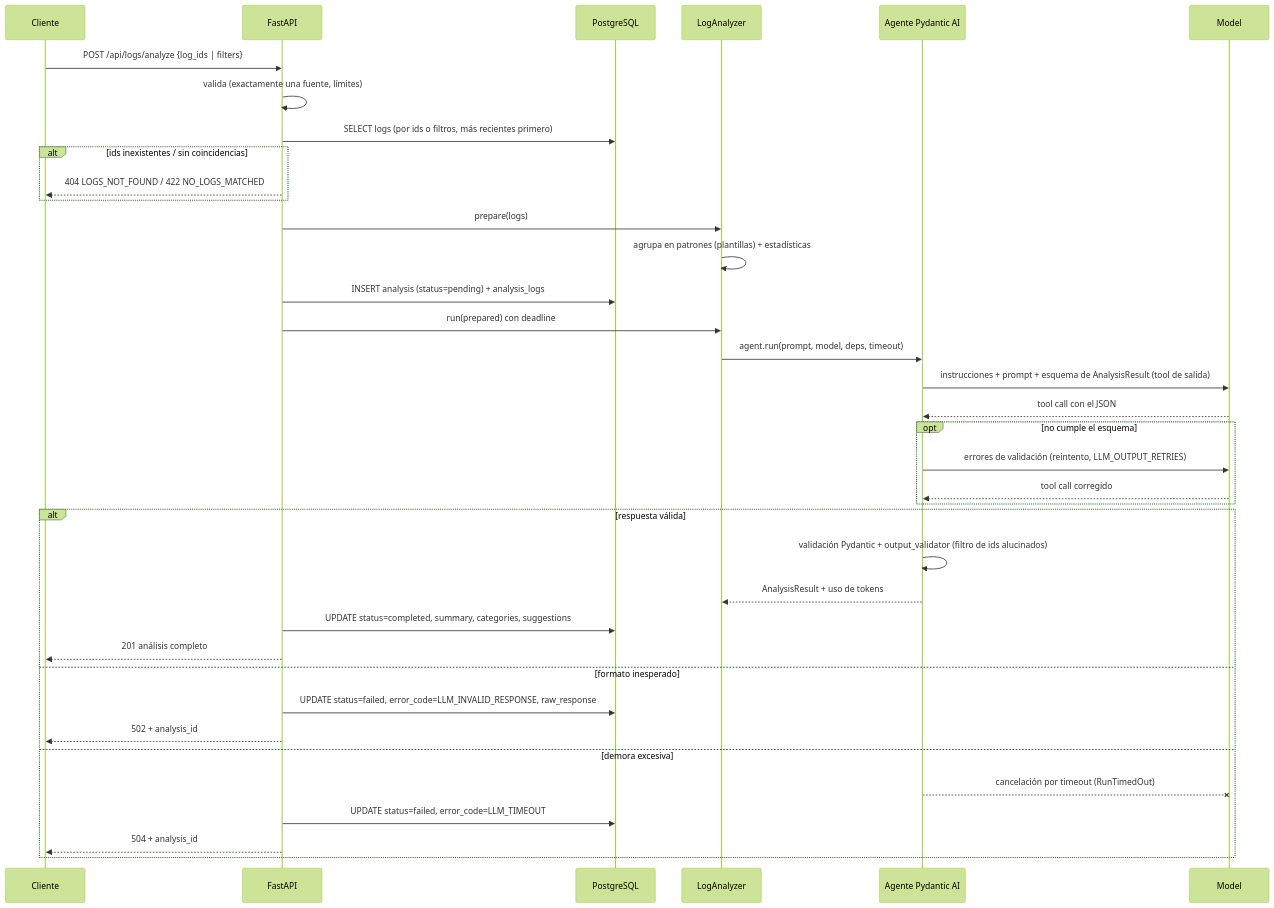
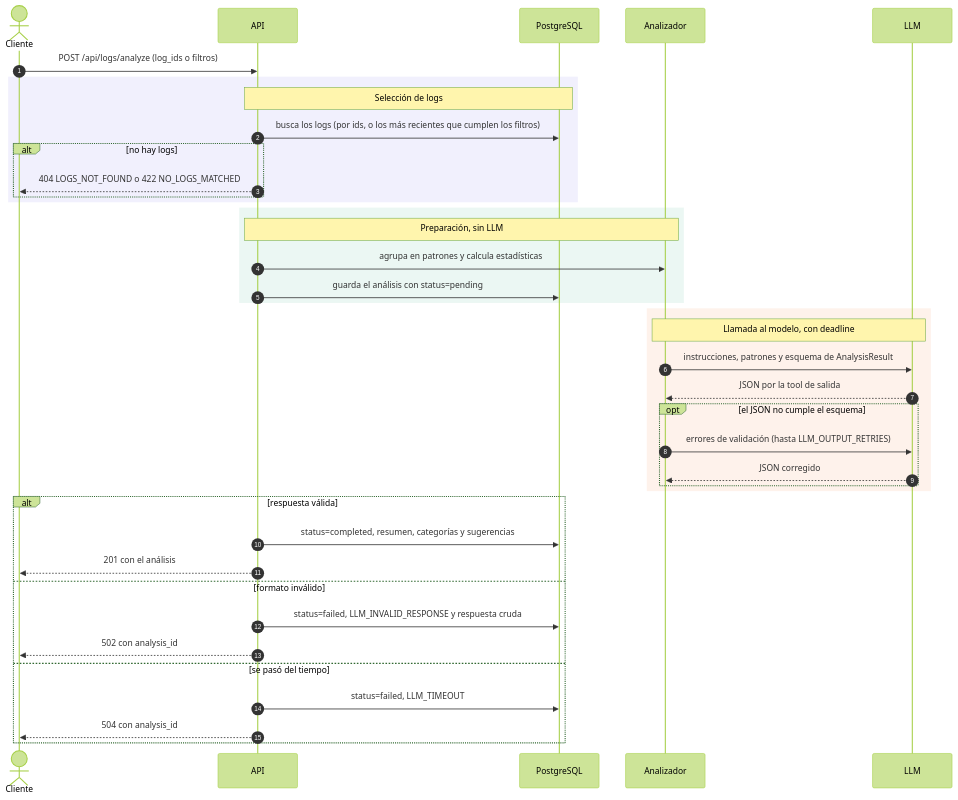
Before and after one commit to peviss/smartlog-analyzer: the second of 3 diagrams in ARCHITECTURE.md, drawn with Mermaid (forest theme). The commit also changed other lines of this file, not shown here.

Commit message:
docs: update architecture documentation with detailed component interactions and data flow

````diff
--- a/ARCHITECTURE.md
+++ b/ARCHITECTURE.md
@@ -48,40 +83,46 @@
 ```mermaid
 sequenceDiagram
-    participant C as Cliente
-    participant API as FastAPI
+    autonumber
+    actor C as Cliente
+    participant API as API
     participant DB as PostgreSQL
-    participant AN as LogAnalyzer
-    participant AG as Agente Pydantic AI
-    participant LLM as Model
+    participant AN as Analizador
+    participant LLM as LLM
 
-    C->>API: POST /api/logs/analyze {log_ids | filters}
-    API->>API: valida (exactamente una fuente, límites)
-    API->>DB: SELECT logs (por ids o filtros, más recientes primero)
-    alt ids inexistentes / sin coincidencias
-        API-->>C: 404 LOGS_NOT_FOUND / 422 NO_LOGS_MATCHED
+    C->>API: POST /api/logs/analyze (log_ids o filtros)
+
+    rect rgba(79, 70, 229, 0.08)
+    Note over API,DB: Selección de logs
+    API->>DB: busca los logs (por ids, o los más recientes que cumplen los filtros)
+    alt no hay logs
+        API-->>C: 404 LOGS_NOT_FOUND o 422 NO_LOGS_MATCHED
     end
-    API->>AN: prepare(logs)
-    AN->>AN: agrupa en patrones (plantillas) + estadísticas
-    API->>DB: INSERT analysis (status=pending) + analysis_logs
-    API->>AN: run(prepared) con deadline
-    AN->>AG: agent.run(prompt, model, deps, timeout)
-    AG->>LLM: instrucciones + prompt + esquema de AnalysisResult (tool de salida)
-    LLM-->>AG: tool call con el JSON
-    opt no cumple el esquema
-        AG->>LLM: errores de validación (reintento, LLM_OUTPUT_RETRIES)
-        LLM-->>AG: tool call corregido
     end
+
+    rect rgba(5, 150, 105, 0.08)
+    Note over API,AN: Preparación, sin LLM
+    API->>AN: agrupa en patrones y calcula estadísticas
+    API->>DB: guarda el análisis con status=pending
+    end
+
+    rect rgba(234, 88, 12, 0.08)
+    Note over AN,LLM: Llamada al modelo, con deadline
+    AN->>LLM: instrucciones, patrones y esquema de AnalysisResult
+    LLM-->>AN: JSON por la tool de salida
+    opt el JSON no cumple el esquema
+        AN->>LLM: errores de validación (hasta LLM_OUTPUT_RETRIES)
+        LLM-->>AN: JSON corregido
+    end
+    end
+
     alt respuesta válida
-        AG->>AG: validación Pydantic + output_validator (filtro de ids alucinados)
-        AG-->>AN: AnalysisResult + uso de tokens
-        API->>DB: UPDATE status=completed, summary, categories, suggestions
-        API-->>C: 201 análisis completo
-    else formato inesperado
-        API->>DB: UPDATE status=failed, error_code=LLM_INVALID_RESPONSE, raw_response
-        API-->>C: 502 + analysis_id
-    else demora excesiva
-        AG--xLLM: cancelación por timeout (RunTimedOut)
-        API->>DB: UPDATE status=failed, error_code=LLM_TIMEOUT
-        API-->>C: 504 + analysis_id
+        API->>DB: status=completed, resumen, categorías y sugerencias
+        API-->>C: 201 con el análisis
+    else formato inválido
+        API->>DB: status=failed, LLM_INVALID_RESPONSE y respuesta cruda
+        API-->>C: 502 con analysis_id
+    else se pasó del tiempo
+        API->>DB: status=failed, LLM_TIMEOUT
+        API-->>C: 504 con analysis_id
     end
 ```
````
